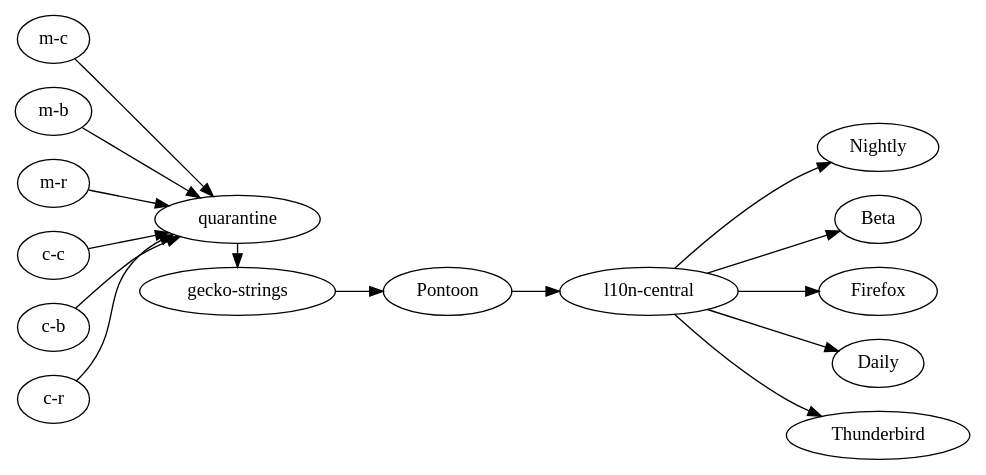
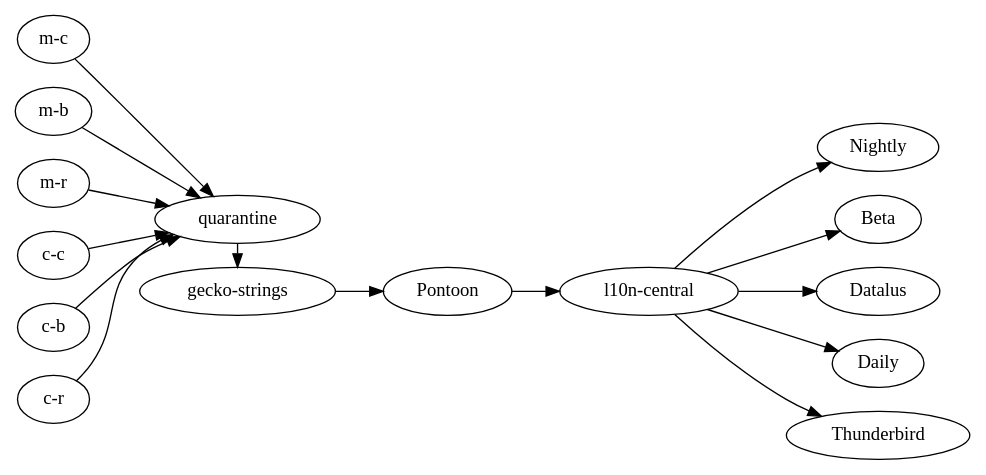
Before and after one commit to dataluscorp/browser: the diagram in intl/l10n/docs/crosschannel/index.rst, drawn with Graphviz. The commit also changed other lines of this file and 31100 other files, not shown here.

```diff
--- a/intl/l10n/docs/crosschannel/index.rst
+++ b/intl/l10n/docs/crosschannel/index.rst
@@ -36,22 +36,22 @@
 .. digraph:: full_tree
 
     graph [ rankdir=LR ];
     "m-c" -> "quarantine";
     "m-b" -> "quarantine";
     "m-r" -> "quarantine";
     "c-c" -> "quarantine";
     "c-b" -> "quarantine";
     "c-r" -> "quarantine";
     "quarantine" -> "gecko-strings";
     "gecko-strings" -> "Pontoon";
     "Pontoon" -> "l10n-central";
     "l10n-central" -> "Nightly";
     "l10n-central" -> "Beta";
-    "l10n-central" -> "Firefox";
+    "l10n-central" -> "Datalus";
     "l10n-central" -> "Daily";
     "l10n-central" -> "Thunderbird";
     {
       rank=same;
       "quarantine";
       "gecko-strings";
     }
```
